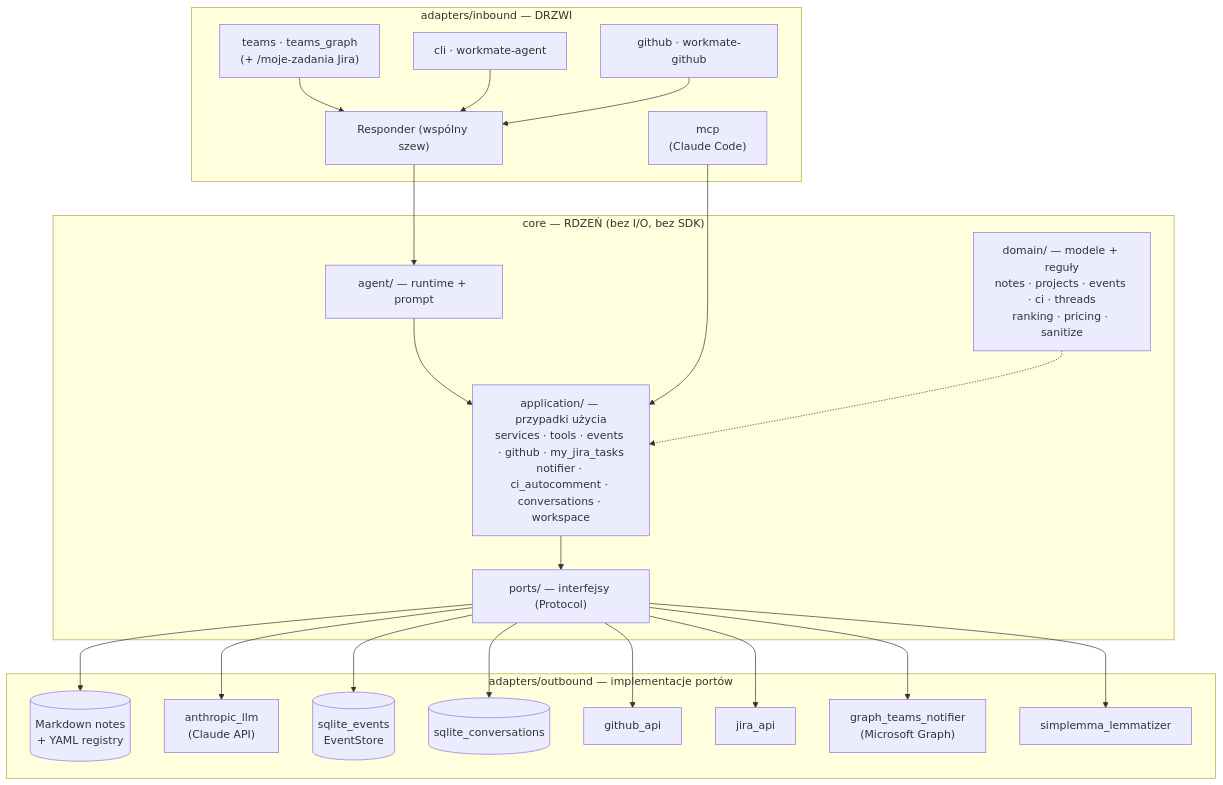
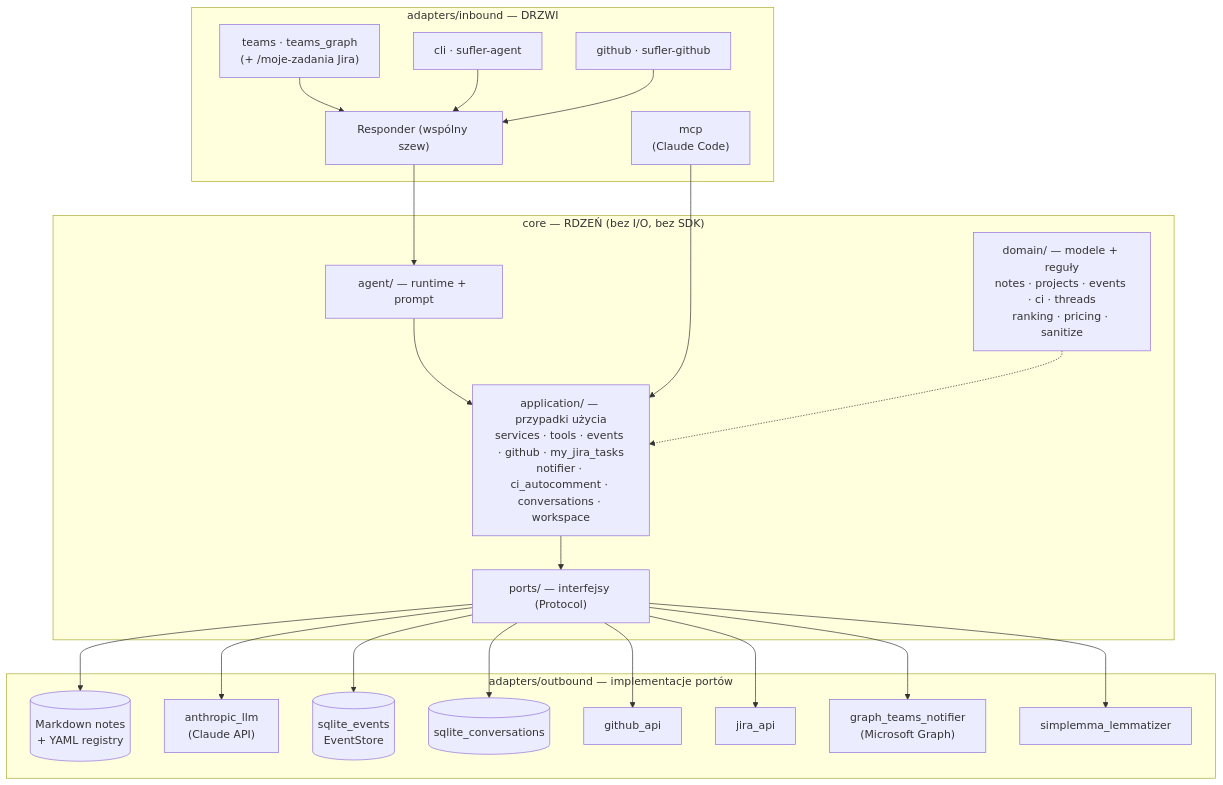
One commit to P0w3r223/sufler changed the diagram in docs/explanation/architecture.md. Above: the diagram before and after it, drawn with Mermaid. The commit also changed other lines of this file and 749 other files, not shown here.

````diff
--- a/docs/explanation/architecture.md
+++ b/docs/explanation/architecture.md
@@ -12,34 +12,34 @@
 ```mermaid
 flowchart TB
     subgraph IN["adapters/inbound — DRZWI"]
         MCP["mcp<br/>(Claude Code)"]
         TG["teams · teams_graph<br/>(+ /moje-zadania Jira)"]
-        CLI["cli · workmate-agent"]
-        GHD["github · workmate-github"]
+        CLI["cli · sufler-agent"]
+        GHD["github · sufler-github"]
         SEAM["Responder (wspólny szew)"]
     end
     subgraph CORE["core — RDZEŃ (bez I/O, bez SDK)"]
         AGENT["agent/ — runtime + prompt"]
         APP["application/ — przypadki użycia<br/>services · tools · events · github · my_jira_tasks<br/>notifier · ci_autocomment · conversations · workspace"]
         DOM["domain/ — modele + reguły<br/>notes · projects · events · ci · threads<br/>ranking · pricing · sanitize"]
         PORTS["ports/ — interfejsy (Protocol)"]
     end
     subgraph OUT["adapters/outbound — implementacje portów"]
         NOTES[("Markdown notes<br/>+ YAML registry")]
         LLM["anthropic_llm<br/>(Claude API)"]
         ES[("sqlite_events<br/>EventStore")]
         CONV[("sqlite_conversations")]
         GHAPI["github_api"]
         JIRAAPI["jira_api"]
         GRAPH["graph_teams_notifier<br/>(Microsoft Graph)"]
         LEM["simplemma_lemmatizer"]
     end
     TG --> SEAM
     CLI --> SEAM
     GHD --> SEAM
     SEAM --> AGENT --> APP
     MCP --> APP
     APP --> PORTS
     DOM -.-> APP
     PORTS --> NOTES & LLM & ES & CONV & GHAPI & JIRAAPI & GRAPH & LEM
 ```
````
